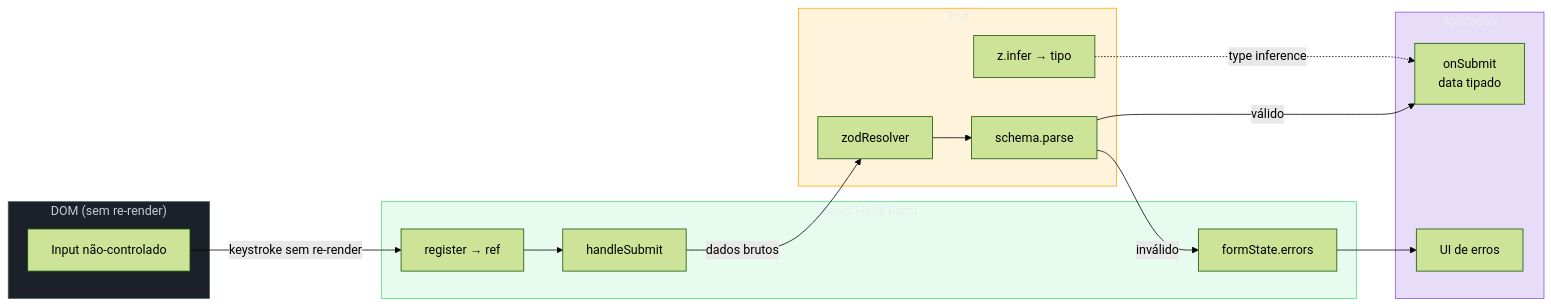
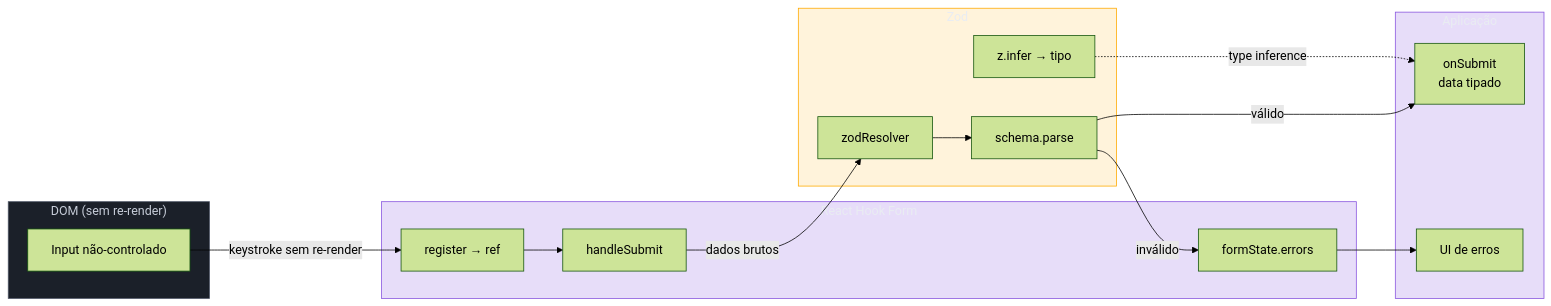
The diagram in 03-Dominios/Tecnologia/React/Ecossistema/06 - Formulários - React Hook Form + Zod.md (josenaldo/codex-technomanticus), drawn with Mermaid (forest theme) before and after one commit. The commit also changed 601 other files, not shown here.

````diff
--- a/03-Dominios/Tecnologia/React/Ecossistema/06 - Formulários - React Hook Form + Zod.md
+++ b/03-Dominios/Tecnologia/React/Ecossistema/06 - Formulários - React Hook Form + Zod.md
@@ -182,41 +182,40 @@
 ```mermaid
 graph LR
     classDef neutro fill:#1B2029,stroke:#4E5666,color:#C6CCD8
-    classDef ok fill:#4ADE8021,stroke:#4ADE80,color:#E9ECF2
     classDef destaque fill:#FFAA0024,stroke:#FFAA00,color:#E9ECF2
     classDef marca fill:#8855DF33,stroke:#8855DF,color:#E9ECF2
     subgraph DOM["DOM (sem re-render)"]
         A[Input não-controlado]
     end
 
     subgraph RHF["React Hook Form"]
         B[register → ref]
         C[handleSubmit]
         D[formState.errors]
     end
 
     subgraph ZOD["Zod"]
         E[zodResolver]
         F[schema.parse]
         G[z.infer → tipo]
     end
 
     subgraph APP["Aplicação"]
         H[onSubmit\ndata tipado]
         I[UI de erros]
     end
 
     A -->|keystroke sem re-render| B
     B --> C
     C -->|dados brutos| E
     E --> F
     F -->|válido| H
     F -->|inválido| D
     D --> I
     G -.->|type inference| H
 
     class DOM neutro
-    class RHF ok
+    class RHF marca
     class ZOD destaque
     class APP marca
 ```
````
